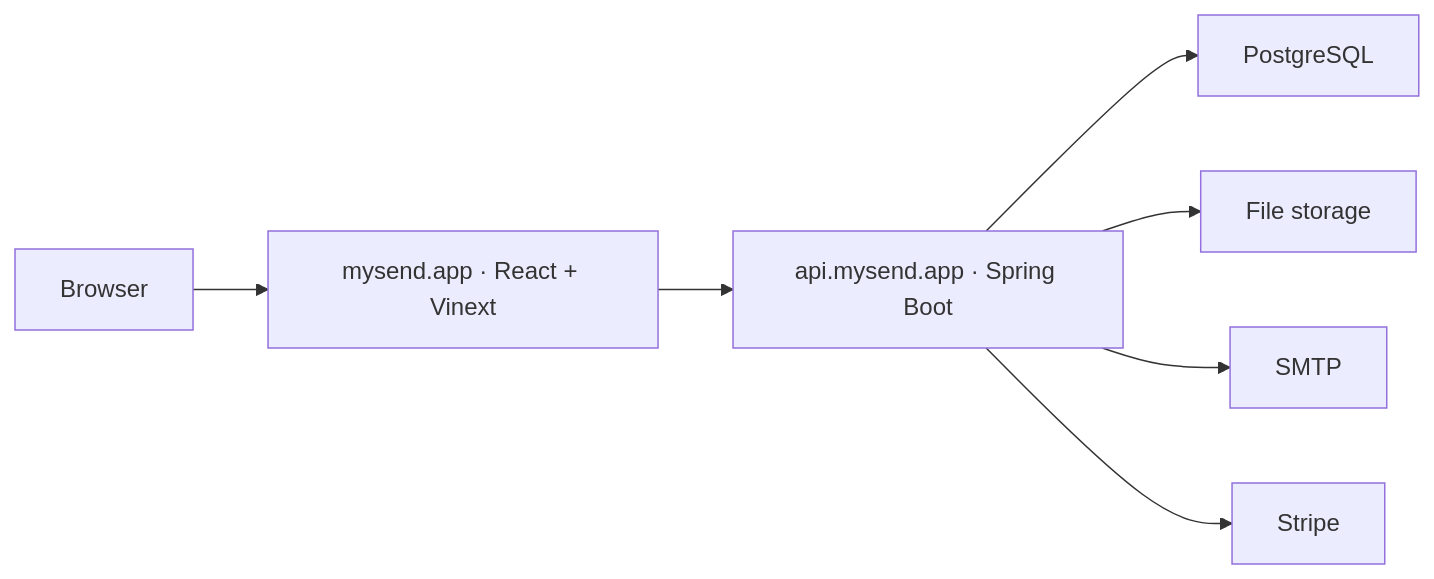
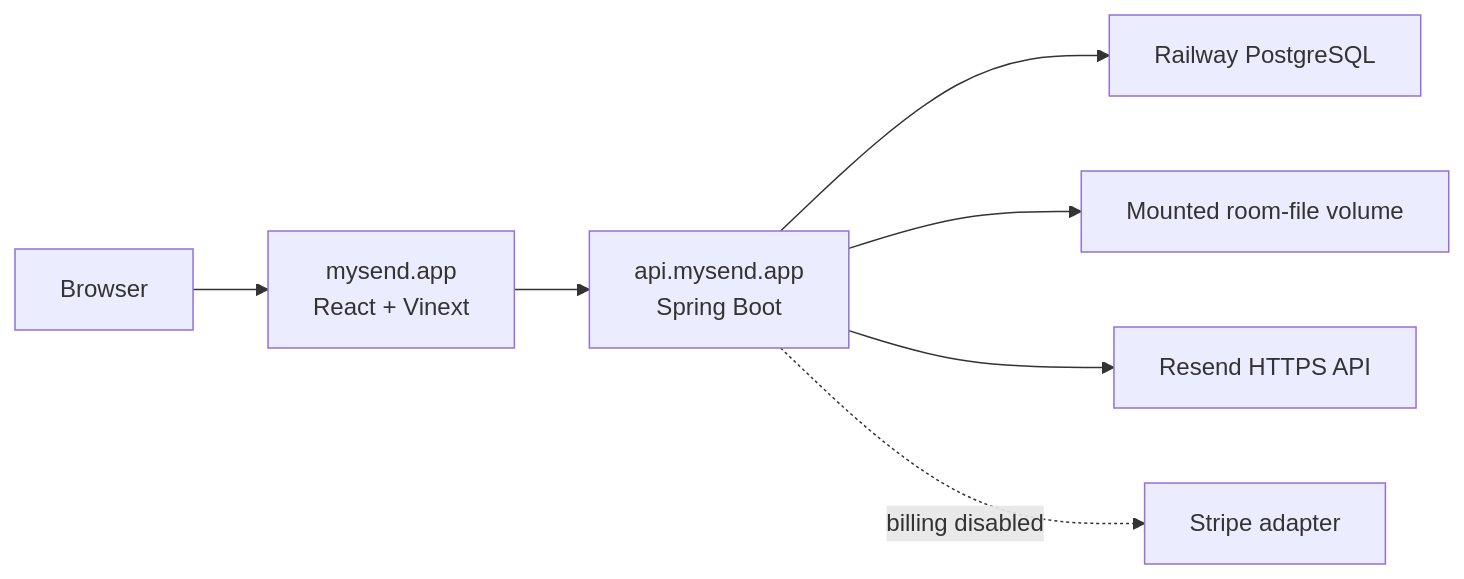
Before and after one commit to alan746/MySend: the diagram in README.md, drawn with Mermaid. The commit also changed other lines of this file, not shown here.

````diff
--- a/README.md
+++ b/README.md
@@ -72,9 +101,9 @@
 ```mermaid
 flowchart LR
-    Browser["Browser"] --> Web["mysend.app · React + Vinext"]
-    Web --> API["api.mysend.app · Spring Boot"]
-    API --> DB["PostgreSQL"]
-    API --> Files["File storage"]
-    API --> Mail["SMTP"]
-    API --> Stripe["Stripe"]
+    Browser["Browser"] --> Web["mysend.app<br>React + Vinext"]
+    Web --> API["api.mysend.app<br>Spring Boot"]
+    API --> DB["Railway PostgreSQL"]
+    API --> Files["Mounted room-file volume"]
+    API --> Mail["Resend HTTPS API"]
+    API -. billing disabled .-> Stripe["Stripe adapter"]
 ```
````
